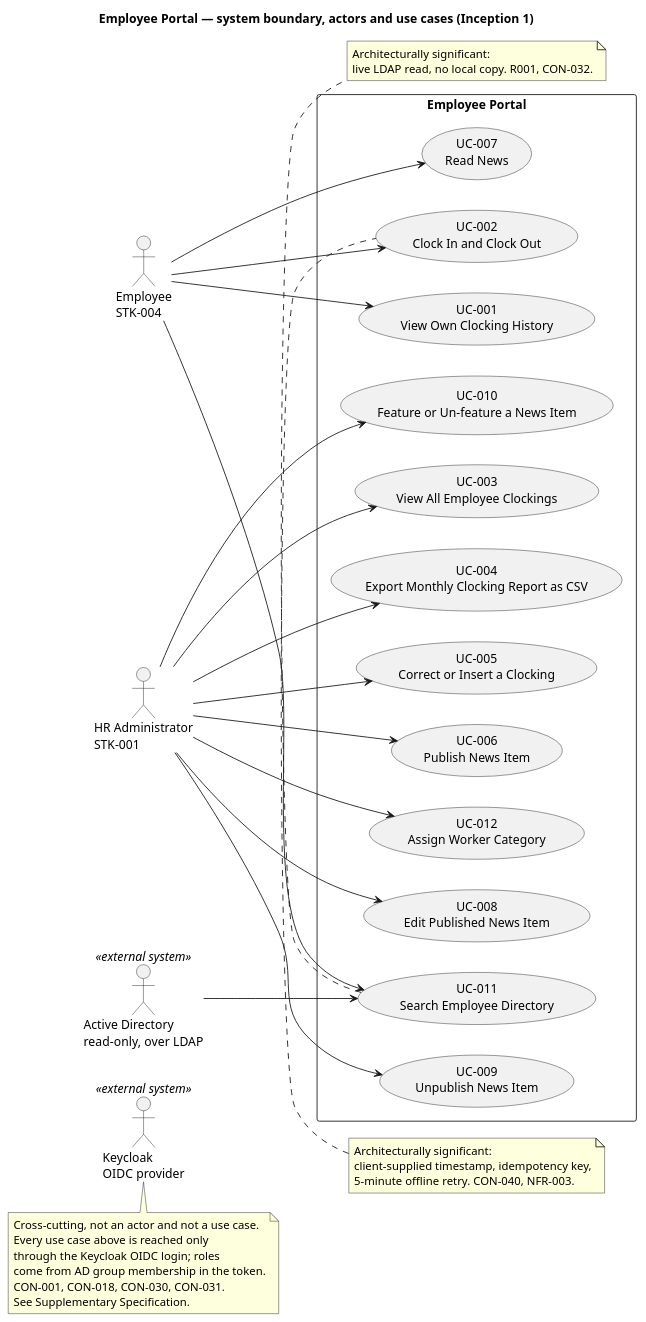
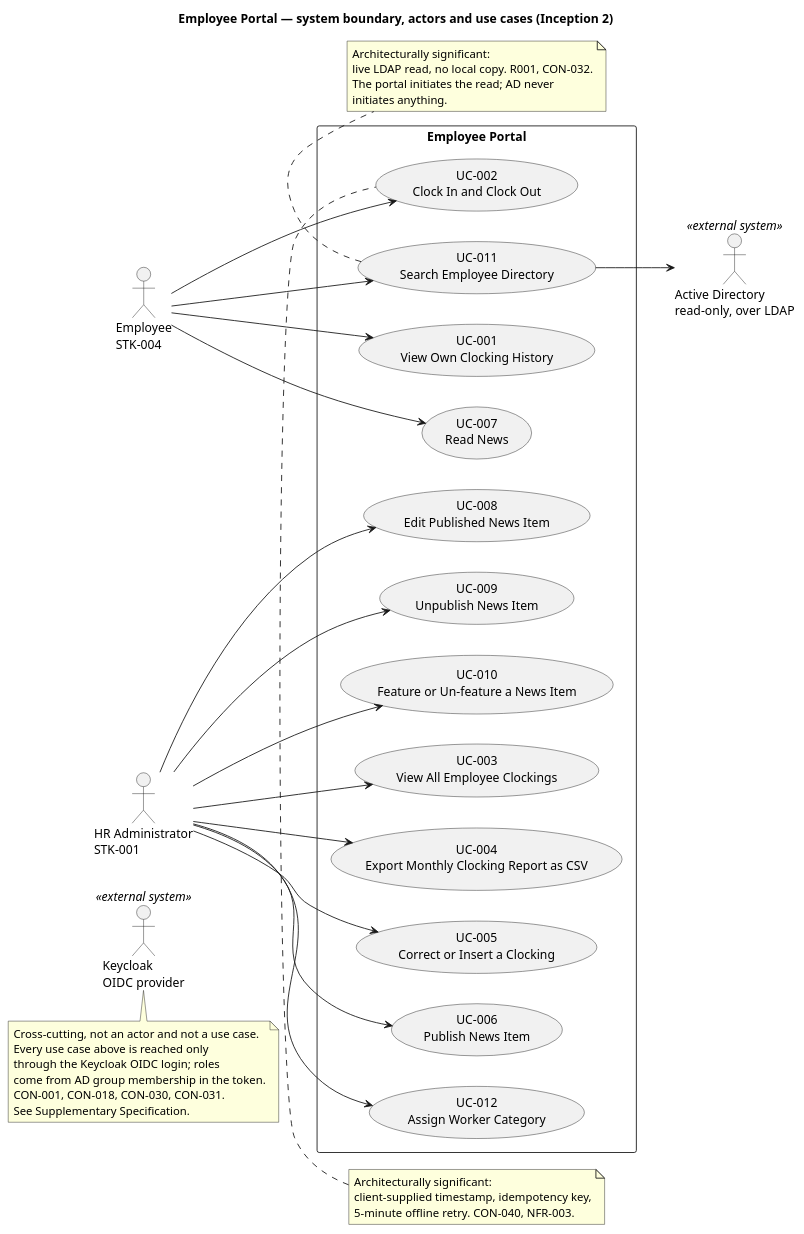
The first of 6 diagrams in docs/artifacts/requirements/use-case-model.md (banense-test/portal), drawn with PlantUML before and after one commit. The commit also changed other lines of this file, not shown here.

Commit message:
System Analyst [I2]: upsert Use-Case Model
[skip ci]

````diff
--- a/docs/artifacts/requirements/use-case-model.md
+++ b/docs/artifacts/requirements/use-case-model.md
@@ -11,62 +11,64 @@
 ```plantuml
 @startuml
-title Employee Portal — system boundary, actors and use cases (Inception 1)
+title Employee Portal — system boundary, actors and use cases (Inception 2)
 
 left to right direction
 skinparam packageStyle rectangle
 
 actor "Employee\nSTK-004" as EMP
 actor "HR Administrator\nSTK-001" as HR
 actor "Active Directory\nread-only, over LDAP" as AD <<external system>>
 actor "Keycloak\nOIDC provider" as KC <<external system>>
 
 rectangle "Employee Portal" {
   usecase "UC-001\nView Own Clocking History" as UC001
   usecase "UC-002\nClock In and Clock Out" as UC002
   usecase "UC-003\nView All Employee Clockings" as UC003
   usecase "UC-004\nExport Monthly Clocking Report as CSV" as UC004
   usecase "UC-005\nCorrect or Insert a Clocking" as UC005
   usecase "UC-006\nPublish News Item" as UC006
   usecase "UC-007\nRead News" as UC007
   usecase "UC-008\nEdit Published News Item" as UC008
   usecase "UC-009\nUnpublish News Item" as UC009
   usecase "UC-010\nFeature or Un-feature a News Item" as UC010
   usecase "UC-011\nSearch Employee Directory" as UC011
   usecase "UC-012\nAssign Worker Category" as UC012
 }
 
 EMP --> UC001
 EMP --> UC002
 EMP --> UC007
 EMP --> UC011
 HR --> UC003
 HR --> UC004
 HR --> UC005
 HR --> UC006
 HR --> UC008
 HR --> UC009
 HR --> UC010
 HR --> UC012
-AD --> UC011
+UC011 --> AD
 
 note bottom of KC
   Cross-cutting, not an actor and not a use case.
   Every use case above is reached only
   through the Keycloak OIDC login; roles
   come from AD group membership in the token.
   CON-001, CON-018, CON-030, CON-031.
   See Supplementary Specification.
 end note
 
 note top of UC002
   Architecturally significant:
   client-supplied timestamp, idempotency key,
   5-minute offline retry. CON-040, NFR-003.
 end note
 
 note bottom of UC011
   Architecturally significant:
   live LDAP read, no local copy. R001, CON-032.
+  The portal initiates the read; AD never
+  initiates anything.
 end note
 @enduml
 ```
````
